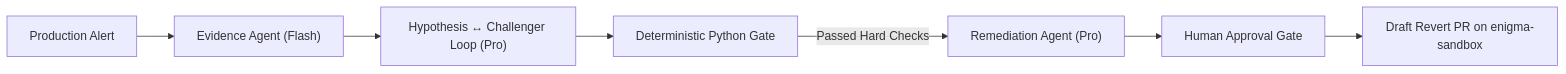
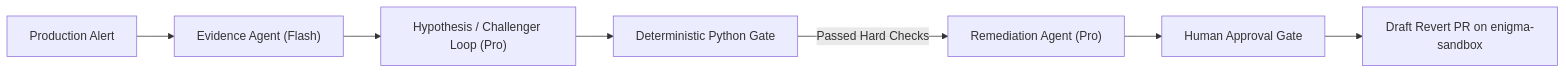
One commit to vinay-ghate/enigma changed the diagram in README.md. Above: the diagram before and after it, drawn with Mermaid. The commit also changed 1 other file, not shown here.

Commit message:
fix(docs): format Mermaid subgraphs with explicit IDs to fix render parse error

````diff
--- a/README.md
+++ b/README.md
@@ -18,9 +18,9 @@
 ```mermaid
 flowchart LR
     Alert["Production Alert"] --> EvAgent["Evidence Agent (Flash)"]
-    EvAgent --> LoopAgent["Hypothesis ↔ Challenger Loop (Pro)"]
+    EvAgent --> LoopAgent["Hypothesis / Challenger Loop (Pro)"]
     LoopAgent --> Verifier["Deterministic Python Gate"]
     Verifier -->|Passed Hard Checks| RemAgent["Remediation Agent (Pro)"]
     RemAgent --> Approval["Human Approval Gate"]
     Approval --> SandboxPR["Draft Revert PR on enigma-sandbox"]
 ```
````
